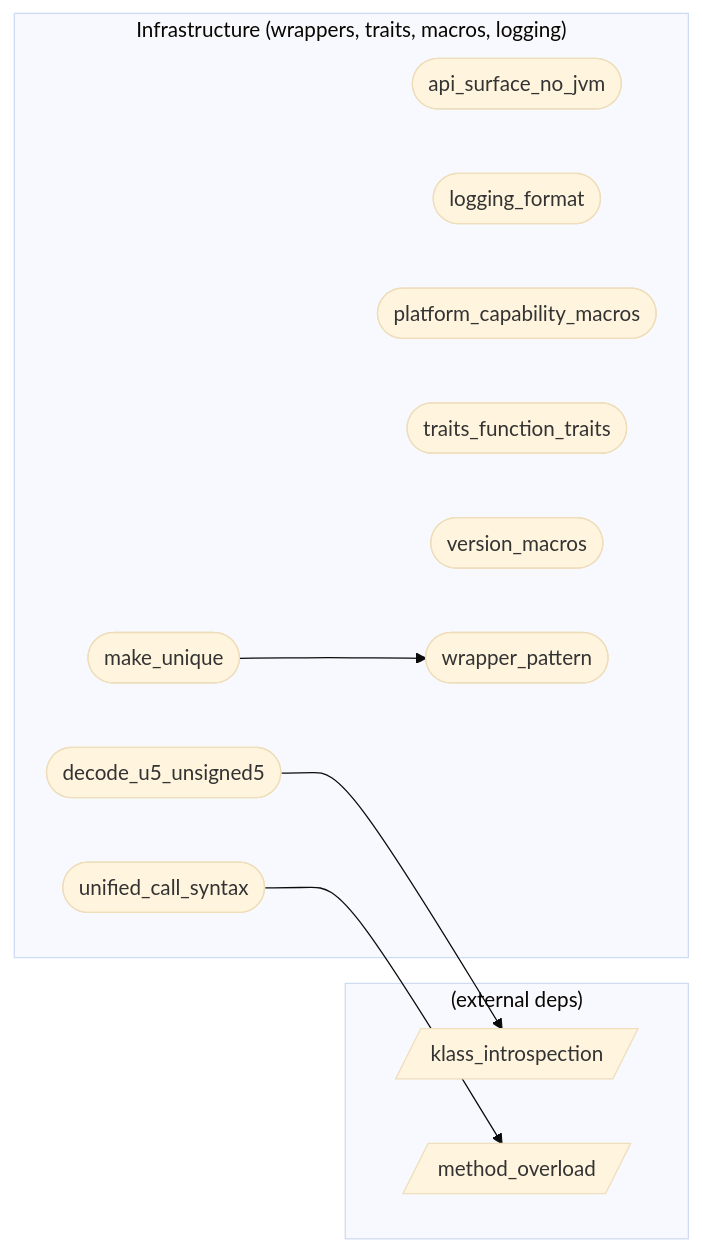
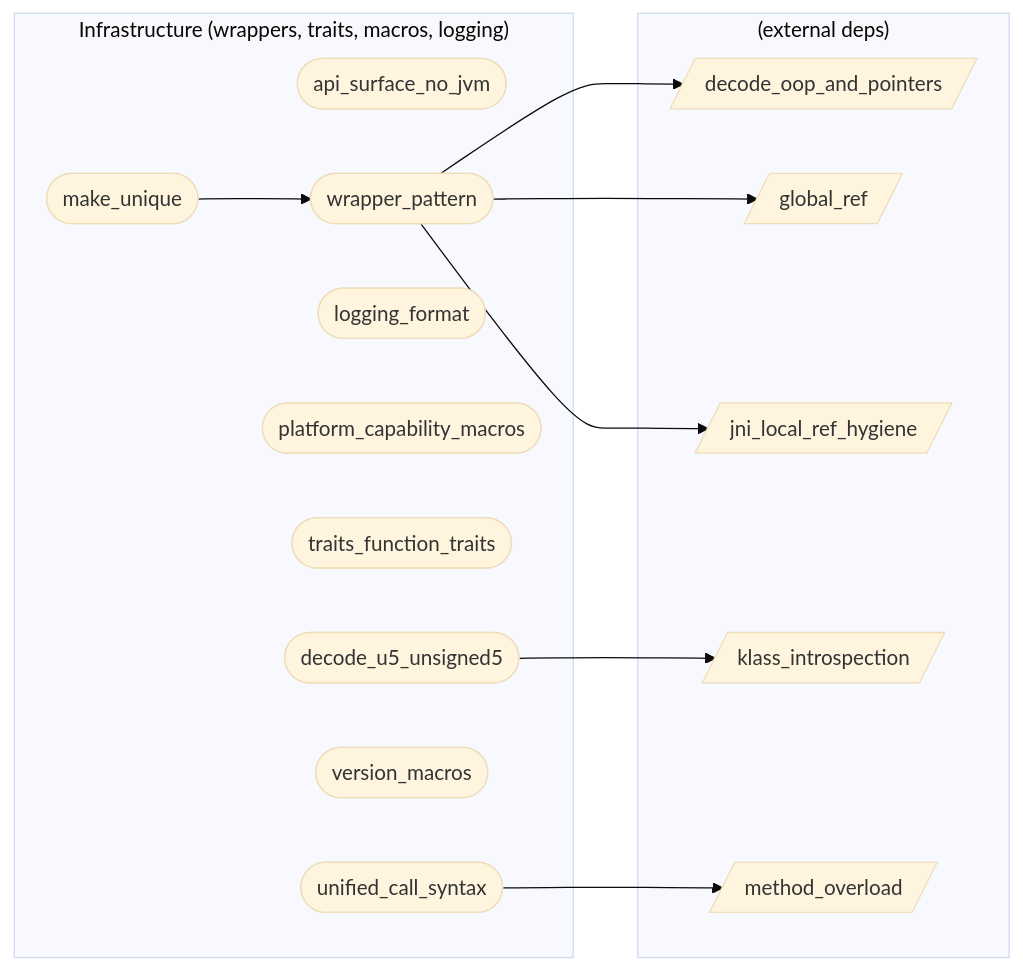
One commit to xxxnpno/VMHook changed the diagram in audit/graph/categories/infra.md. Above: the diagram before and after it, drawn with Mermaid (base theme). The commit also changed other lines of this file and 24 other files, not shown here.

First line of the commit message:
docs(audit/features): enrich hook_basic, hook_verify_repair, make_java_string, wrapper_pattern

````diff
--- a/audit/graph/categories/infra.md
+++ b/audit/graph/categories/infra.md
@@ -26,21 +26,27 @@
 ```mermaid
 flowchart LR
   subgraph infra["Infrastructure (wrappers, traits, macros, logging)"]
     api_surface_no_jvm([api_surface_no_jvm])
     decode_u5_unsigned5([decode_u5_unsigned5])
     logging_format([logging_format])
     make_unique([make_unique])
     platform_capability_macros([platform_capability_macros])
     traits_function_traits([traits_function_traits])
     unified_call_syntax([unified_call_syntax])
     version_macros([version_macros])
     wrapper_pattern([wrapper_pattern])
   end
   subgraph external["(external deps)"]
+    decode_oop_and_pointers[/decode_oop_and_pointers/]
+    global_ref[/global_ref/]
+    jni_local_ref_hygiene[/jni_local_ref_hygiene/]
     klass_introspection[/klass_introspection/]
     method_overload[/method_overload/]
   end
   decode_u5_unsigned5 --> klass_introspection
   make_unique --> wrapper_pattern
   unified_call_syntax --> method_overload
+  wrapper_pattern --> decode_oop_and_pointers
+  wrapper_pattern --> global_ref
+  wrapper_pattern --> jni_local_ref_hygiene
 ```
````
